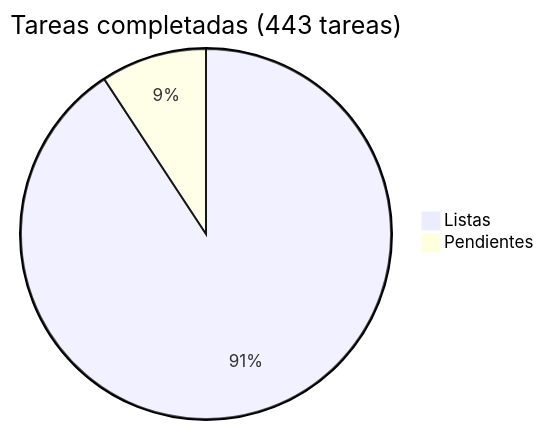
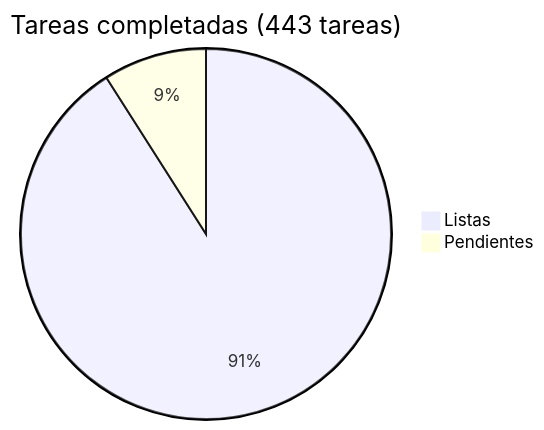
The diagram in docs/roadmap/README.md (araguaney-lat/araguaney), drawn with Mermaid before and after one commit. The commit also changed other lines of this file and 6 other files, not shown here.

````diff
--- a/docs/roadmap/README.md
+++ b/docs/roadmap/README.md
@@ -5,5 +5,5 @@
 ```mermaid
 pie title Tareas completadas (443 tareas)
-    "Listas" : 402
-    "Pendientes" : 41
+    "Listas" : 403
+    "Pendientes" : 40
 ```
````
